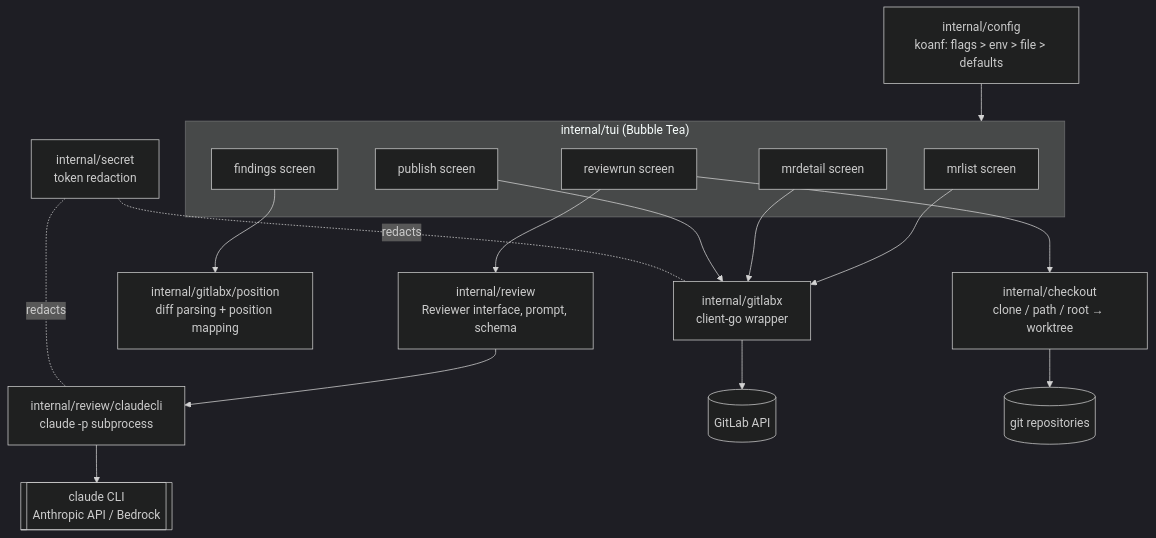
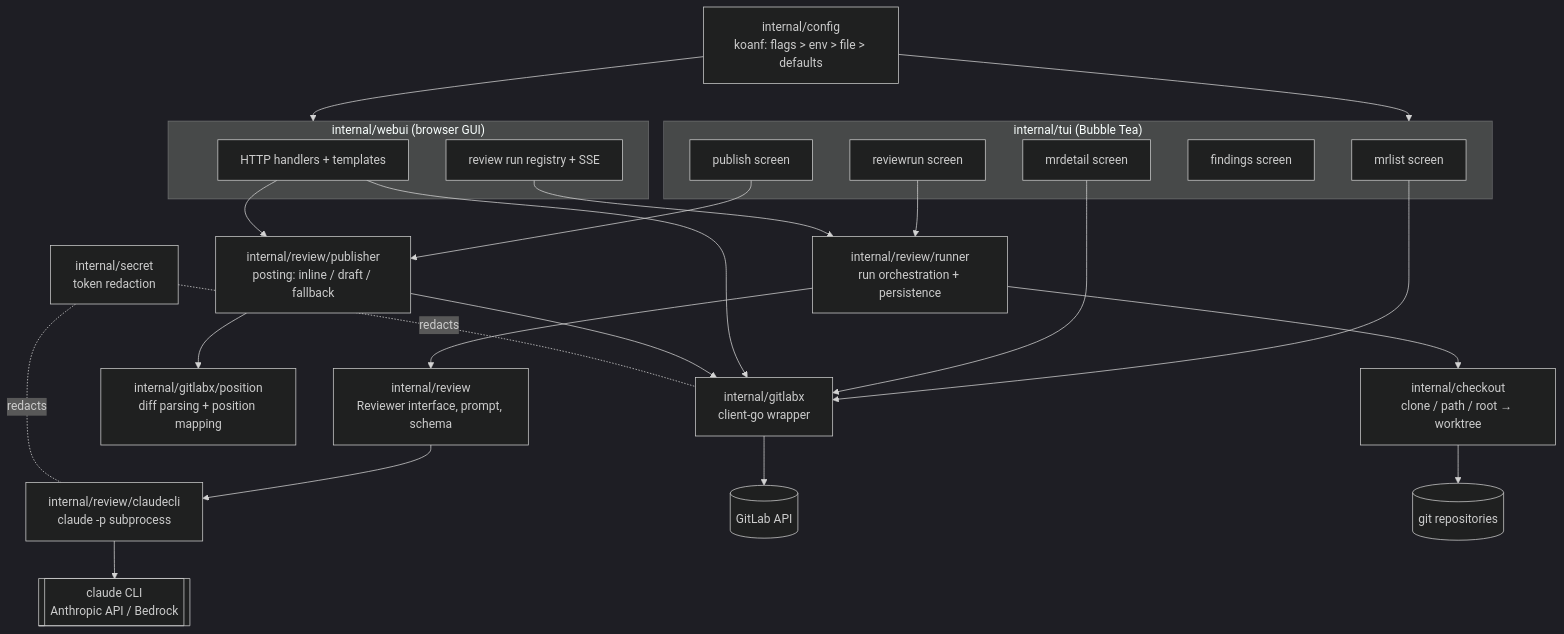
One commit to RobertYoung/gitlab-reviewer-cli changed the first of 2 diagrams in docs/architecture.md. Above: the diagram before and after it, drawn with Mermaid (dark theme). The commit also changed other lines of this file and 37 other files, not shown here.

First line of the commit message:
feat(gui): add browser-based GUI mode alongside the TUI (#23)

````diff
--- a/docs/architecture.md
+++ b/docs/architecture.md
@@ -11,36 +20,49 @@
 ```mermaid
 graph TD
     subgraph TUI["internal/tui (Bubble Tea)"]
         MRLIST[mrlist screen]
         MRDETAIL[mrdetail screen]
         REVIEWRUN[reviewrun screen]
         FINDINGS[findings screen]
         PUBLISH[publish screen]
     end
 
+    subgraph WEBUI["internal/webui (browser GUI)"]
+        HANDLERS[HTTP handlers + templates]
+        SSE[review run registry + SSE]
+    end
+
     CONFIG[internal/config<br/>koanf: flags > env > file > defaults]
     GITLABX[internal/gitlabx<br/>client-go wrapper]
     POSITION[internal/gitlabx/position<br/>diff parsing + position mapping]
     CHECKOUT[internal/checkout<br/>clone / path / root → worktree]
     REVIEW[internal/review<br/>Reviewer interface, prompt, schema]
+    RUNNER[internal/review/runner<br/>run orchestration + persistence]
+    PUBLISHER[internal/review/publisher<br/>posting: inline / draft / fallback]
     CLAUDECLI[internal/review/claudecli<br/>claude -p subprocess]
     SECRET[internal/secret<br/>token redaction]
 
     GITLAB[(GitLab API)]
     REPO[(git repositories)]
     CLAUDE[[claude CLI<br/>Anthropic API / Bedrock]]
 
     CONFIG --> TUI
+    CONFIG --> WEBUI
     MRLIST --> GITLABX
     MRDETAIL --> GITLABX
-    REVIEWRUN --> CHECKOUT
-    REVIEWRUN --> REVIEW
-    FINDINGS --> POSITION
-    PUBLISH --> GITLABX
+    HANDLERS --> GITLABX
+    REVIEWRUN --> RUNNER
+    SSE --> RUNNER
+    RUNNER --> CHECKOUT
+    RUNNER --> REVIEW
+    PUBLISH --> PUBLISHER
+    HANDLERS --> PUBLISHER
+    PUBLISHER --> POSITION
+    PUBLISHER --> GITLABX
     REVIEW --> CLAUDECLI
     GITLABX --> GITLAB
     CHECKOUT --> REPO
     CLAUDECLI --> CLAUDE
     SECRET -.redacts.- GITLABX
     SECRET -.redacts.- CLAUDECLI
 ```
````
